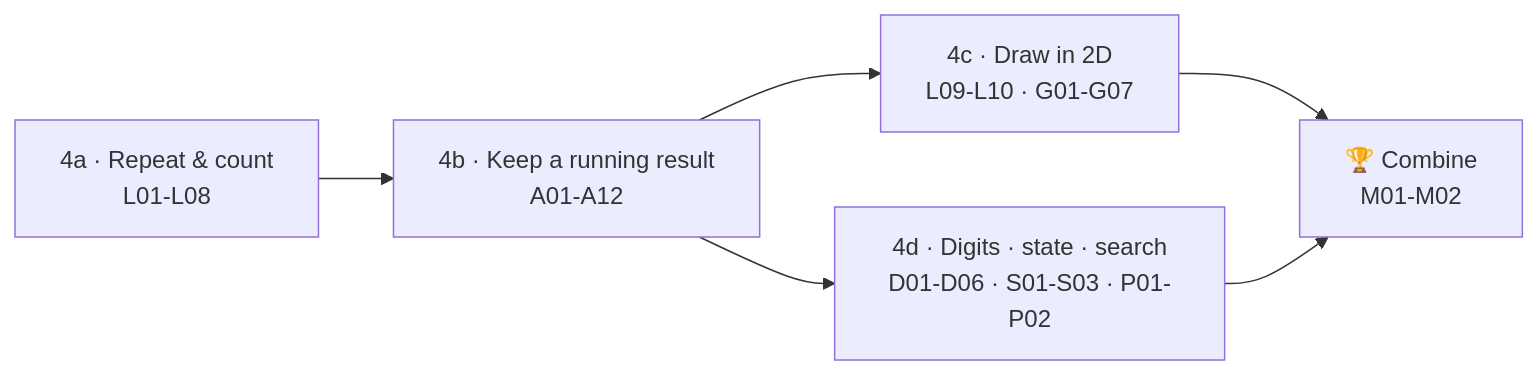
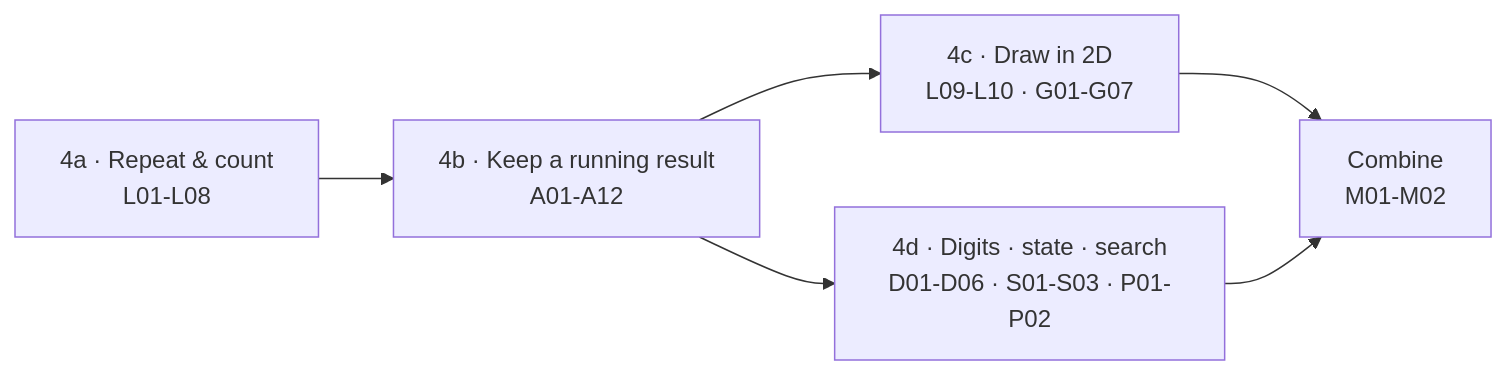
The third of 5 diagrams in ROADMAP.md (lfarci/csharp-programming-fundamentals), drawn with Mermaid before and after one commit. The commit also changed other lines of this file and 242 other files, not shown here.

````diff
--- a/ROADMAP.md
+++ b/ROADMAP.md
@@ -136,10 +136,10 @@
 ```mermaid
 flowchart LR
     accTitle: The four loop sub-steps
     accDescr: 4a repeat and count (L01 to L08) leads to 4b running result (A01 to A12). 4b leads to 4c draw in 2D (one row first with L09 and L10, then G01 to G07) and to 4d digits, state and search. Both 4c and 4d lead to Combine (M01, M02).
     A["4a · Repeat & count<br/>L01-L08"] --> B["4b · Keep a running result<br/>A01-A12"]
     B --> C["4c · Draw in 2D<br/>L09-L10 · G01-G07"]
     B --> D["4d · Digits · state · search<br/>D01-D06 · S01-S03 · P01-P02"]
-    C --> E["🏆 Combine<br/>M01-M02"]
+    C --> E["Combine<br/>M01-M02"]
     D --> E
 ```
````
